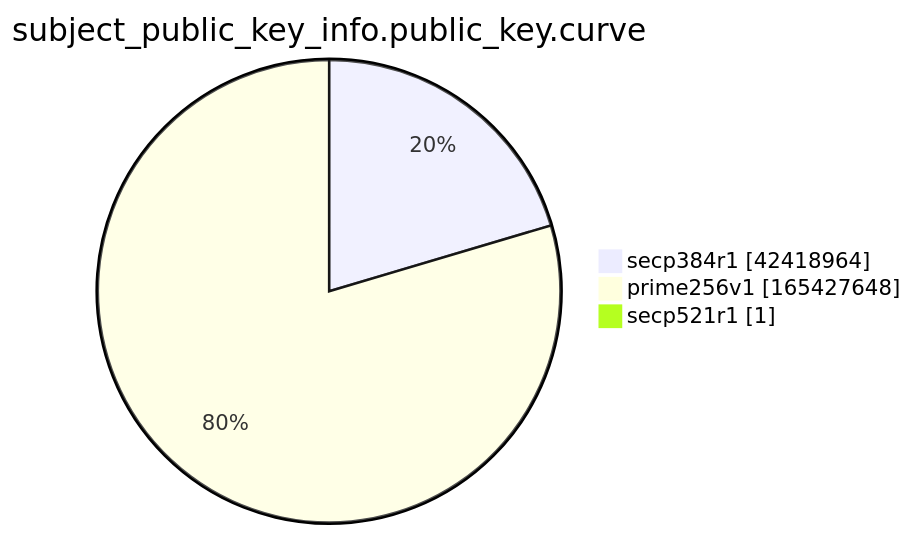
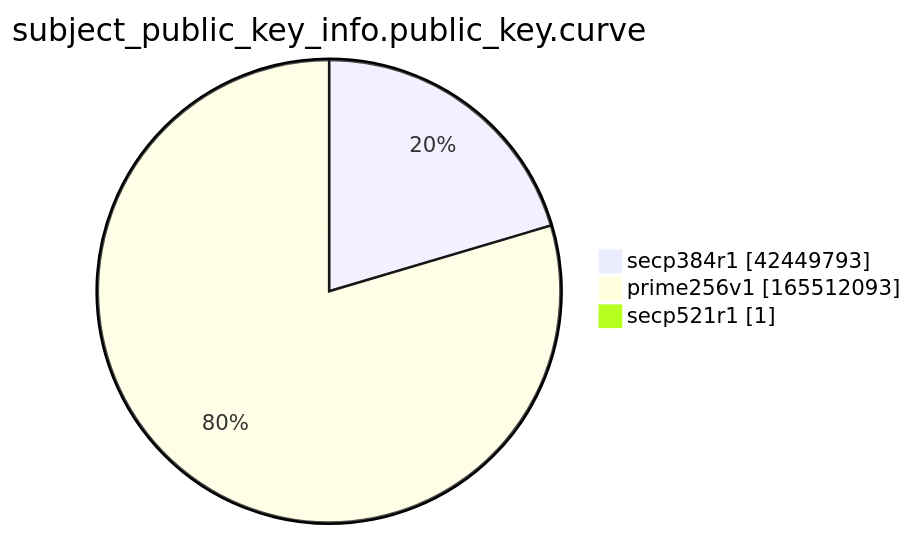
One commit to christiankrug/ctmonitor_visualization changed the ninth of 15 diagrams in xenon2022/README.md. Above: the diagram before and after it, drawn with Mermaid. The commit also changed other lines of this file, not shown here.

````diff
--- a/xenon2022/README.md
+++ b/xenon2022/README.md
@@ -2869,7 +2869,7 @@
 ```mermaid
 pie showData
 title subject_public_key_info.public_key.curve
-"secp384r1" :42418964
-"prime256v1" :165427648
+"secp384r1" :42449793
+"prime256v1" :165512093
 "secp521r1" :1
 ```
````
